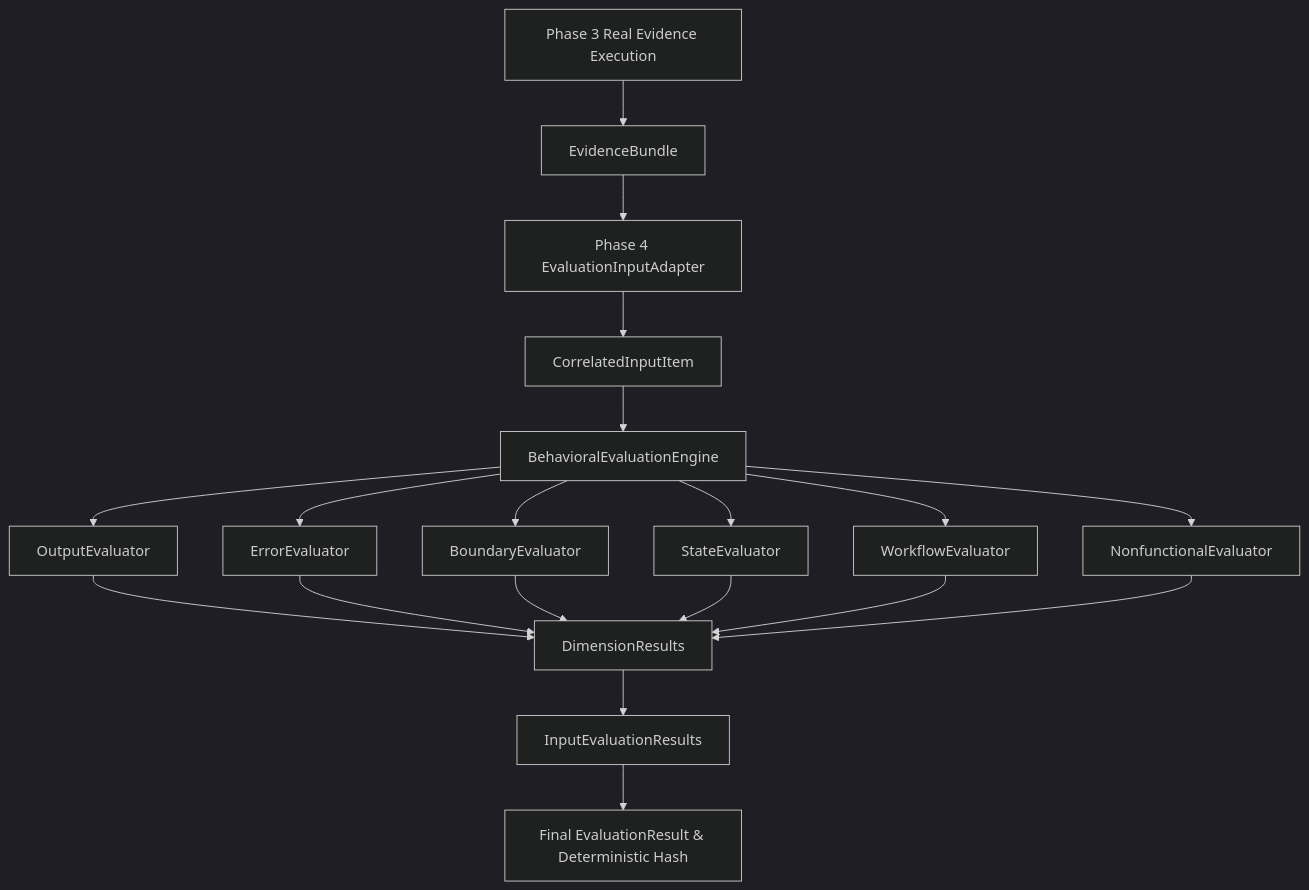
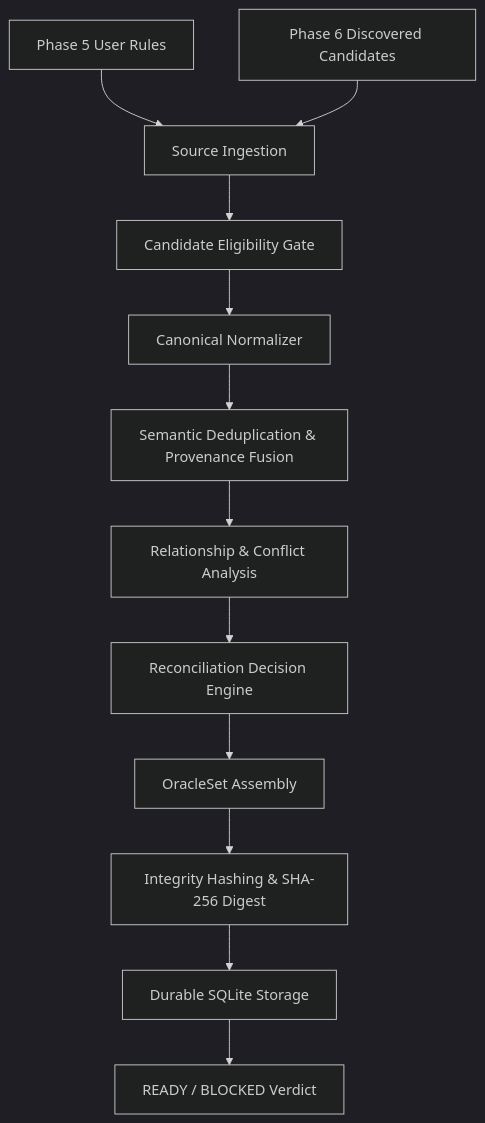
One commit to Saiyatin26/Beacon changed the diagram in beacon/walkthrough.md. Above: the diagram before and after it, drawn with Mermaid (dark theme). The commit also changed other lines of this file and 6 other files, not shown here.

````diff
--- a/beacon/walkthrough.md
+++ b/beacon/walkthrough.md
@@ -14,21 +17,14 @@
 ```mermaid
 graph TD
-    P3[Phase 3 Real Evidence Execution] --> EB[EvidenceBundle]
-    EB --> IA[Phase 4 EvaluationInputAdapter]
-    IA --> CI[CorrelatedInputItem]
-    CI --> EE[BehavioralEvaluationEngine]
-    EE --> OE[OutputEvaluator]
-    EE --> ErrE[ErrorEvaluator]
-    EE --> BE[BoundaryEvaluator]
-    EE --> SE[StateEvaluator]
-    EE --> WE[WorkflowEvaluator]
-    EE --> NFE[NonfunctionalEvaluator]
-    OE --> DR[DimensionResults]
-    ErrE --> DR
-    BE --> DR
-    SE --> DR
-    WE --> DR
-    NFE --> DR
-    DR --> IR[InputEvaluationResults]
-    IR --> ER[Final EvaluationResult & Deterministic Hash]
+    P5[Phase 5 User Rules] --> Ingest[Source Ingestion]
+    P6[Phase 6 Discovered Candidates] --> Ingest
+    Ingest --> Gate[Candidate Eligibility Gate]
+    Gate --> Norm[Canonical Normalizer]
+    Norm --> Dedup[Semantic Deduplication & Provenance Fusion]
+    Dedup --> Comp[Relationship & Conflict Analysis]
+    Comp --> Res[Reconciliation Decision Engine]
+    Res --> OracleSet[OracleSet Assembly]
+    OracleSet --> Hash[Integrity Hashing & SHA-256 Digest]
+    Hash --> Persist[Durable SQLite Storage]
+    Persist --> Status[READY / BLOCKED Verdict]
 ```
````
